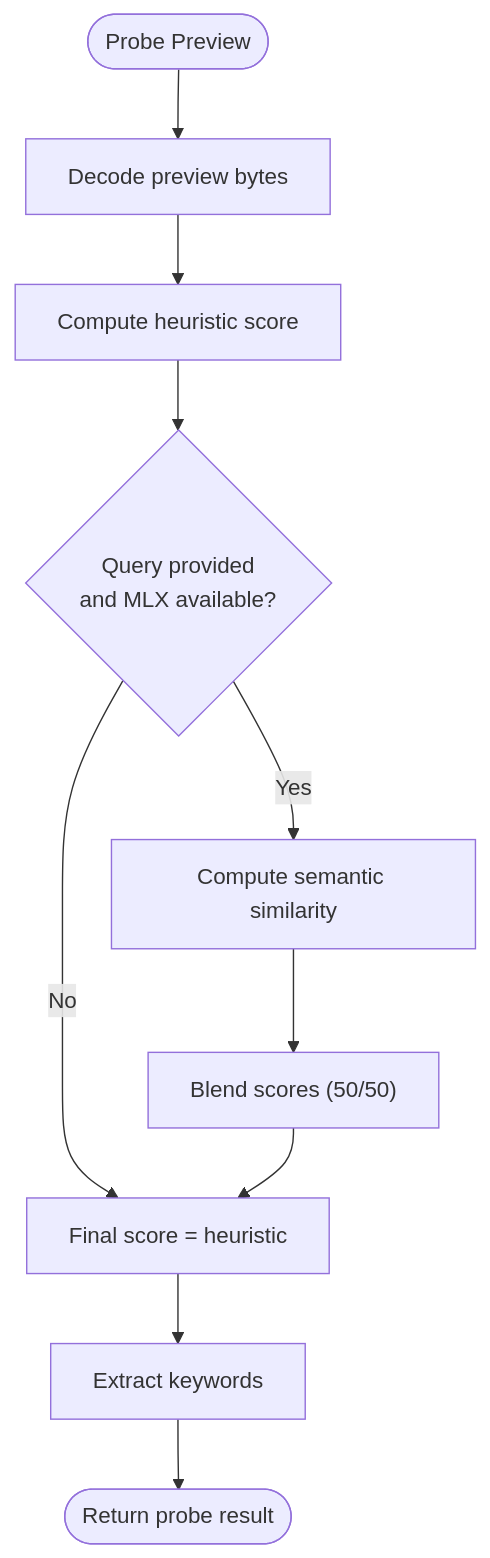
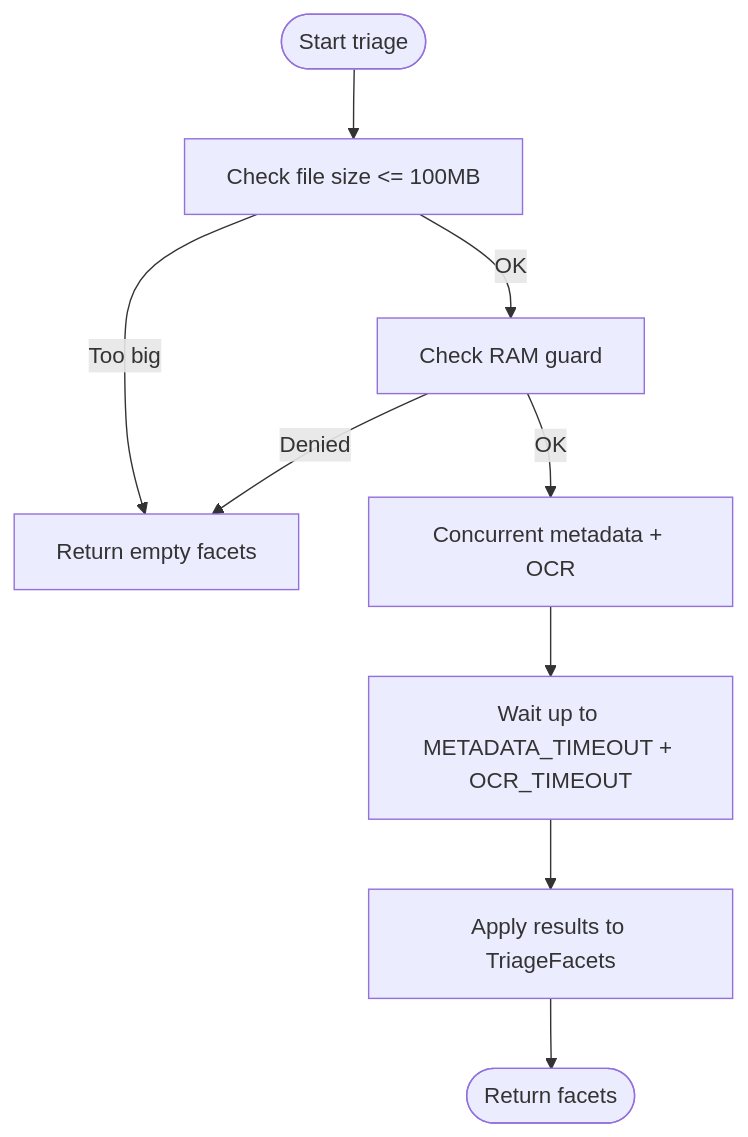
The fourth of 8 diagrams in .qoder/repowiki/en/content/Intelligence Modules/Document Intelligence.md (Hamulda/hledac-universal), drawn with Mermaid before and after one commit. The commit also changed other lines of this file and 236 other files, not shown here.

````diff
--- a/.qoder/repowiki/en/content/Intelligence Modules/Document Intelligence.md
+++ b/.qoder/repowiki/en/content/Intelligence Modules/Document Intelligence.md
@@ -155,12 +206,11 @@
 ```mermaid
 flowchart TD
-Start(["Probe Preview"]) --> Decode["Decode preview bytes"]
-Decode --> Heuristic["Compute heuristic score"]
-Heuristic --> QueryProvided{"Query provided<br/>and MLX available?"}
-QueryProvided --> |Yes| Semantic["Compute semantic similarity"]
-QueryProvided --> |No| Final["Final score = heuristic"]
-Semantic --> Blend["Blend scores (50/50)"]
-Blend --> Final
-Final --> Keywords["Extract keywords"]
-Keywords --> End(["Return probe result"])
+Start(["Start triage"]) --> CheckSize["Check file size <= 100MB"]
+CheckSize --> |Too big| ReturnEmpty["Return empty facets"]
+CheckSize --> |OK| CheckRAM["Check RAM guard"]
+CheckRAM --> |Denied| ReturnEmpty
+CheckRAM --> |OK| Concurrent["Concurrent metadata + OCR"]
+Concurrent --> Timeout["Wait up to METADATA_TIMEOUT + OCR_TIMEOUT"]
+Timeout --> Apply["Apply results to TriageFacets"]
+Apply --> Done(["Return facets"])
 ```
````
